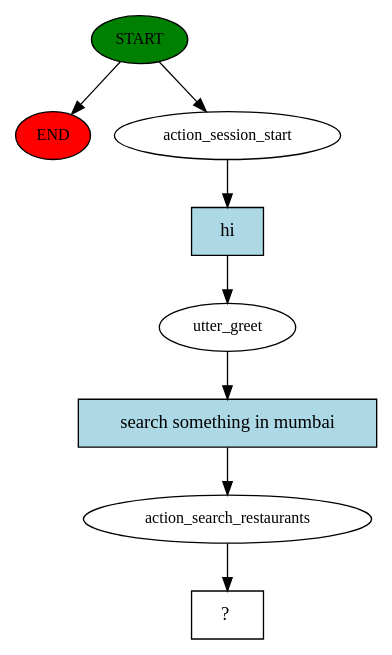
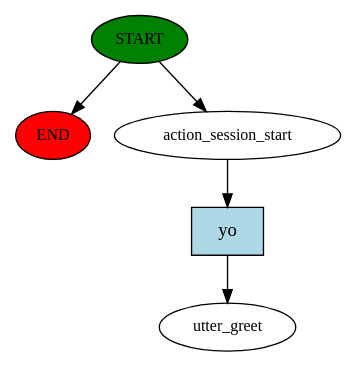
The diagram in story_graph.dot (devmukul44/rasa_chatbot_restaurant_serarch), drawn with Graphviz before and after one commit. The commit also changed 19 other files, not shown here.

```diff
--- a/story_graph.dot
+++ b/story_graph.dot
@@ -1,17 +1,11 @@
 digraph  {
 0 [class="start active", fillcolor=green, fontsize=12, label=START, style=filled];
 "-1" [class=end, fillcolor=red, fontsize=12, label=END, style=filled];
 1 [class=active, fontsize=12, label=action_session_start];
-2 [class=active, fontsize=12, label=utter_greet];
-3 [class=active, fontsize=12, label=action_search_restaurants];
-4 [class="intent dashed active", label="  ?  ", shape=rect];
-5 [class="intent active", fillcolor=lightblue, label=hi, shape=rect, style=filled];
-6 [class="intent active", fillcolor=lightblue, label="search something in mumbai", shape=rect, style=filled];
+2 [class="dashed active", fontsize=12, label=utter_greet];
+3 [class="intent active", fillcolor=lightblue, label=yo, shape=rect, style=filled];
 0 -> "-1"  [class="", key=NONE, label=""];
 0 -> 1  [class=active, key=NONE, label=""];
-1 -> 5  [class=active, key=0];
-2 -> 6  [class=active, key=0];
-3 -> 4  [class=active, key=NONE, label=""];
-5 -> 2  [class=active, key=0];
-6 -> 3  [class=active, key=0];
+1 -> 3  [class=active, key=0];
+3 -> 2  [class=active, key=0];
 }
```
